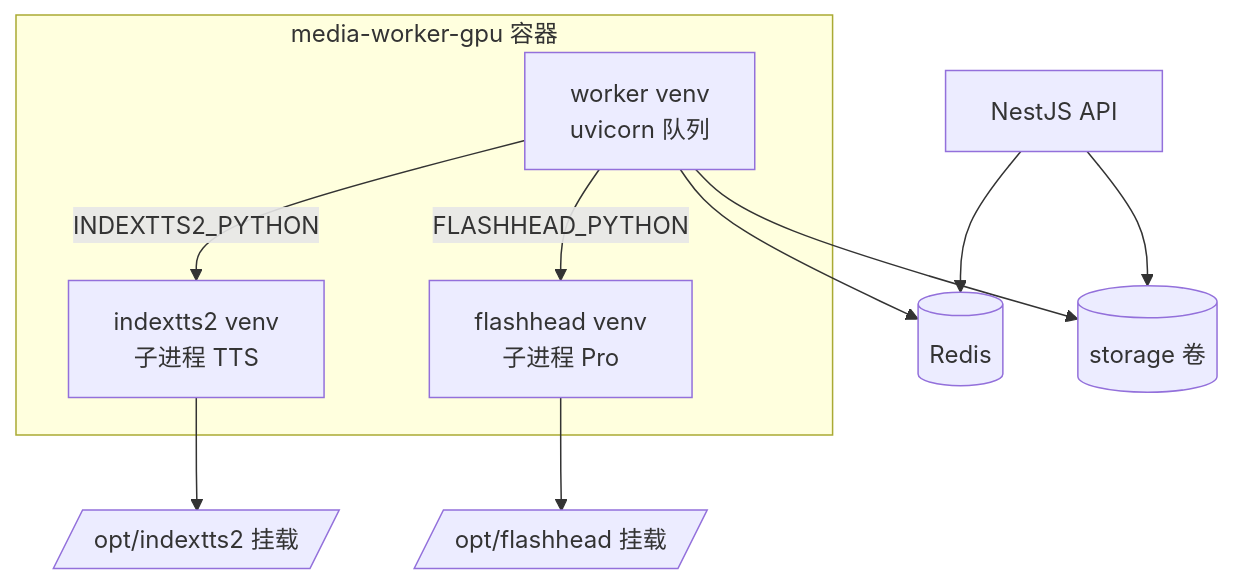
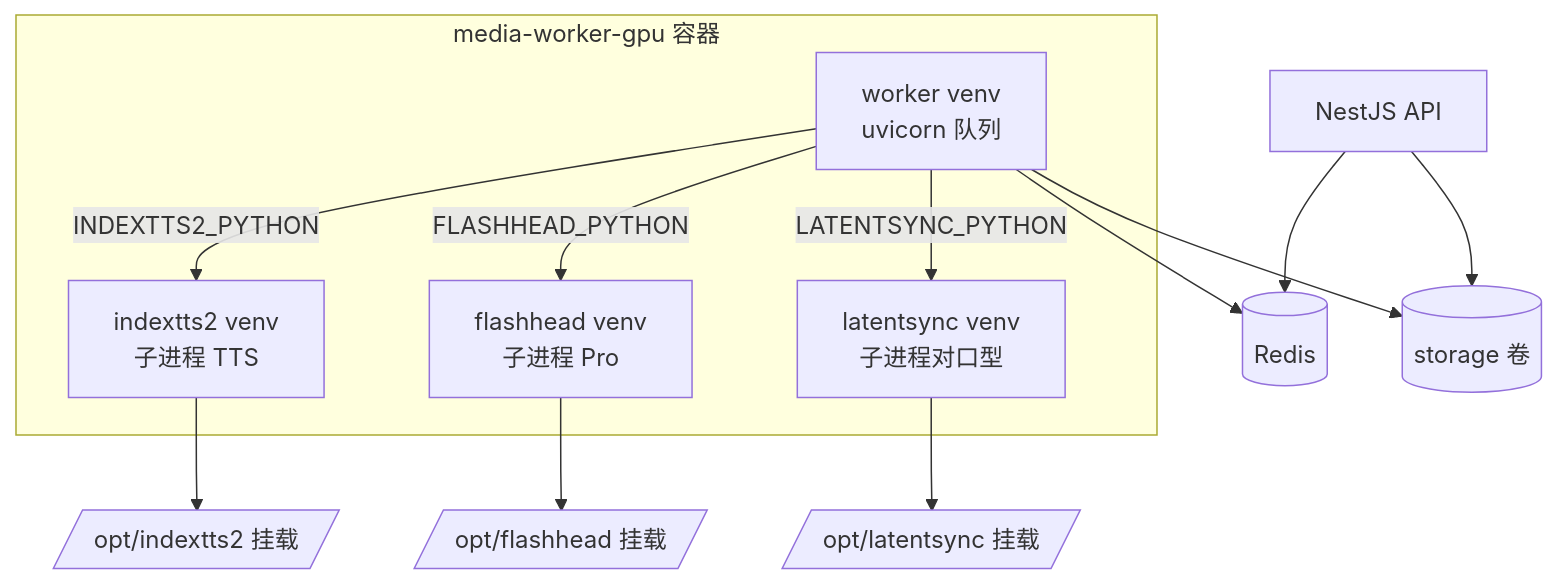
Before and after one commit to talk-liu/ViralEngine-api: the diagram in docs/docker-media-worker-gpu.md, drawn with Mermaid. The commit also changed other lines of this file and 33 other files, not shown here.

````diff
--- a/docs/docker-media-worker-gpu.md
+++ b/docs/docker-media-worker-gpu.md
@@ -7,16 +7,19 @@
 ```mermaid
 flowchart TB
   subgraph container [media-worker-gpu 容器]
     W[worker venv<br/>uvicorn 队列]
     TTS[indextts2 venv<br/>子进程 TTS]
     FH[flashhead venv<br/>子进程 Pro]
+    LS[latentsync venv<br/>子进程对口型]
   end
   API[NestJS API] --> Redis[(Redis)]
   W --> Redis
   W -->|INDEXTTS2_PYTHON| TTS
   W -->|FLASHHEAD_PYTHON| FH
+  W -->|LATENTSYNC_PYTHON| LS
   TTS --> M1[/opt/indextts2 挂载/]
   FH --> M2[/opt/flashhead 挂载/]
+  LS --> M3[/opt/latentsync 挂载/]
   W --> Storage[(storage 卷)]
   API --> Storage
 ```
````
